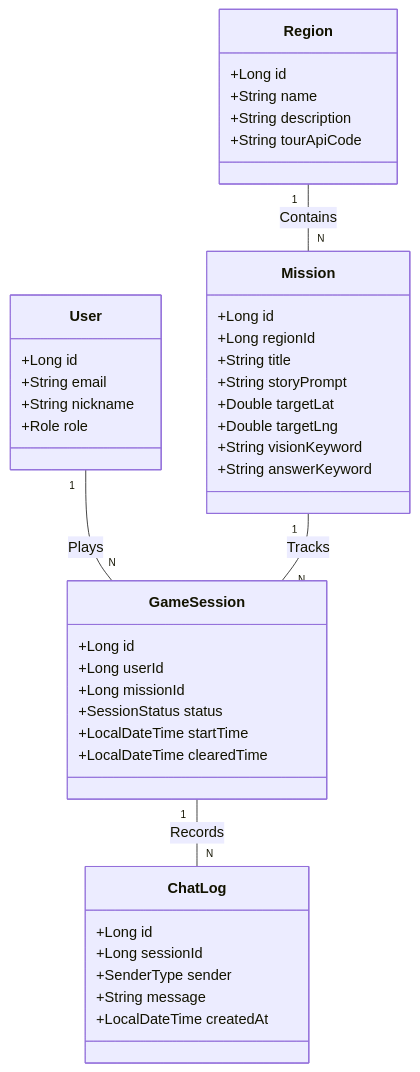
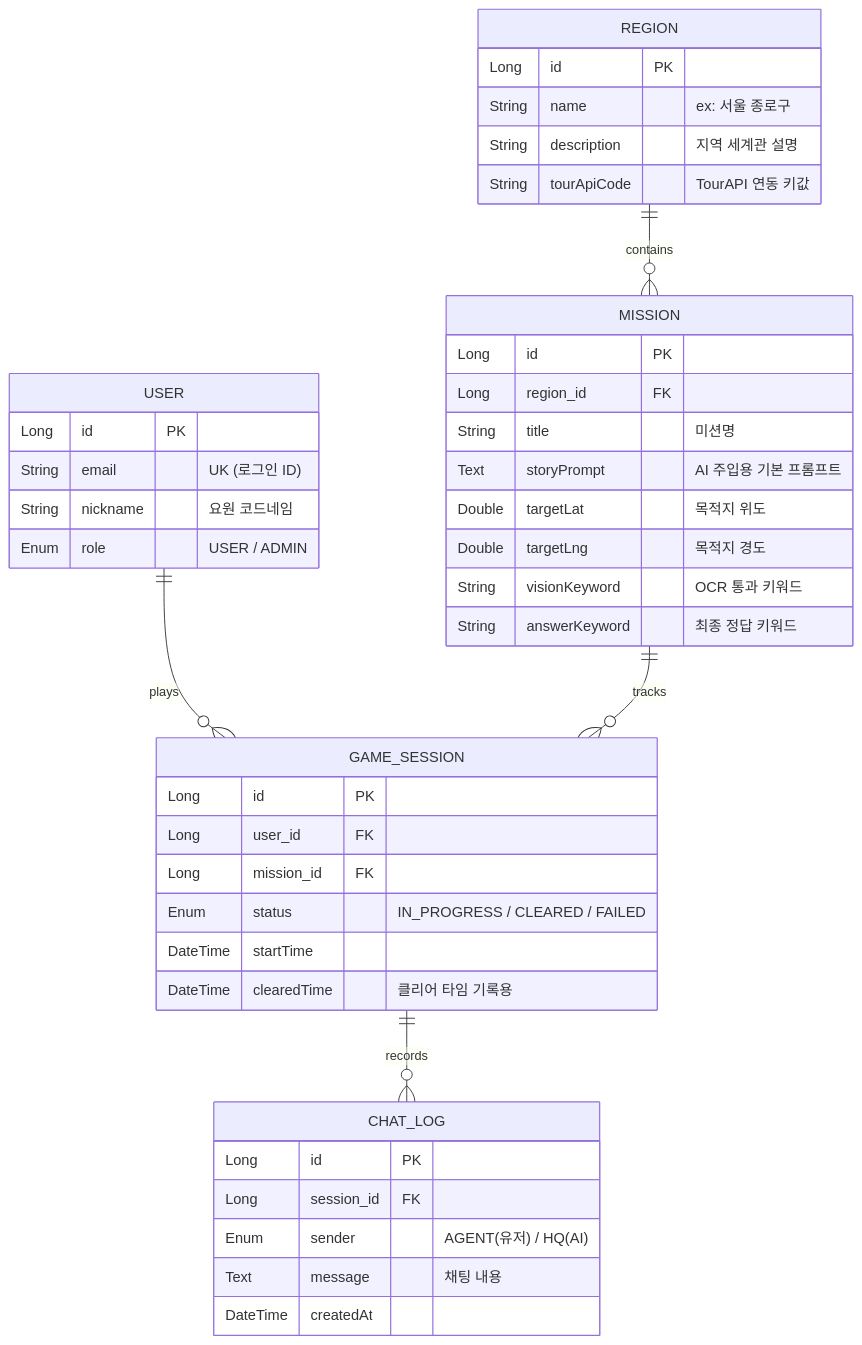
The second of 2 diagrams in README.md (KangHSoon/operation-seoul), drawn with Mermaid before and after one commit. The commit also changed other lines of this file, not shown here.

````diff
--- a/README.md
+++ b/README.md
@@ -51,45 +64,49 @@
 ```mermaid
-classDiagram
-    class User {
-        +Long id
-        +String email
-        +String nickname
-        +Role role
+erDiagram
+    USER ||--o{ GAME_SESSION : plays
+    REGION ||--o{ MISSION : contains
+    MISSION ||--o{ GAME_SESSION : tracks
+    GAME_SESSION ||--o{ CHAT_LOG : records
+
+    USER {
+        Long id PK
+        String email "UK (로그인 ID)"
+        String nickname "요원 코드네임"
+        Enum role "USER / ADMIN"
     }
-    class Region {
-        +Long id
-        +String name
-        +String description
-        +String tourApiCode
+    
+    REGION {
+        Long id PK
+        String name "ex: 서울 종로구"
+        String description "지역 세계관 설명"
+        String tourApiCode "TourAPI 연동 키값"
     }
-    class Mission {
-        +Long id
-        +Long regionId
-        +String title
-        +String storyPrompt
-        +Double targetLat
-        +Double targetLng
-        +String visionKeyword
-        +String answerKeyword
+    
+    MISSION {
+        Long id PK
+        Long region_id FK
+        String title "미션명"
+        Text storyPrompt "AI 주입용 기본 프롬프트"
+        Double targetLat "목적지 위도"
+        Double targetLng "목적지 경도"
+        String visionKeyword "OCR 통과 키워드"
+        String answerKeyword "최종 정답 키워드"
     }
-    class GameSession {
-        +Long id
-        +Long userId
-        +Long missionId
-        +SessionStatus status
-        +LocalDateTime startTime
-        +LocalDateTime clearedTime
+    
+    GAME_SESSION {
+        Long id PK
+        Long user_id FK
+        Long mission_id FK
+        Enum status "IN_PROGRESS / CLEARED / FAILED"
+        DateTime startTime
+        DateTime clearedTime "클리어 타임 기록용"
     }
-    class ChatLog {
-        +Long id
-        +Long sessionId
-        +SenderType sender
-        +String message
-        +LocalDateTime createdAt
+    
+    CHAT_LOG {
+        Long id PK
+        Long session_id FK
+        Enum sender "AGENT(유저) / HQ(AI)"
+        Text message "채팅 내용"
+        DateTime createdAt
     }
-
-    User "1" -- "N" GameSession : Plays
-    Region "1" -- "N" Mission : Contains
-    Mission "1" -- "N" GameSession : Tracks
-    GameSession "1" -- "N" ChatLog : Records
 ```
````
